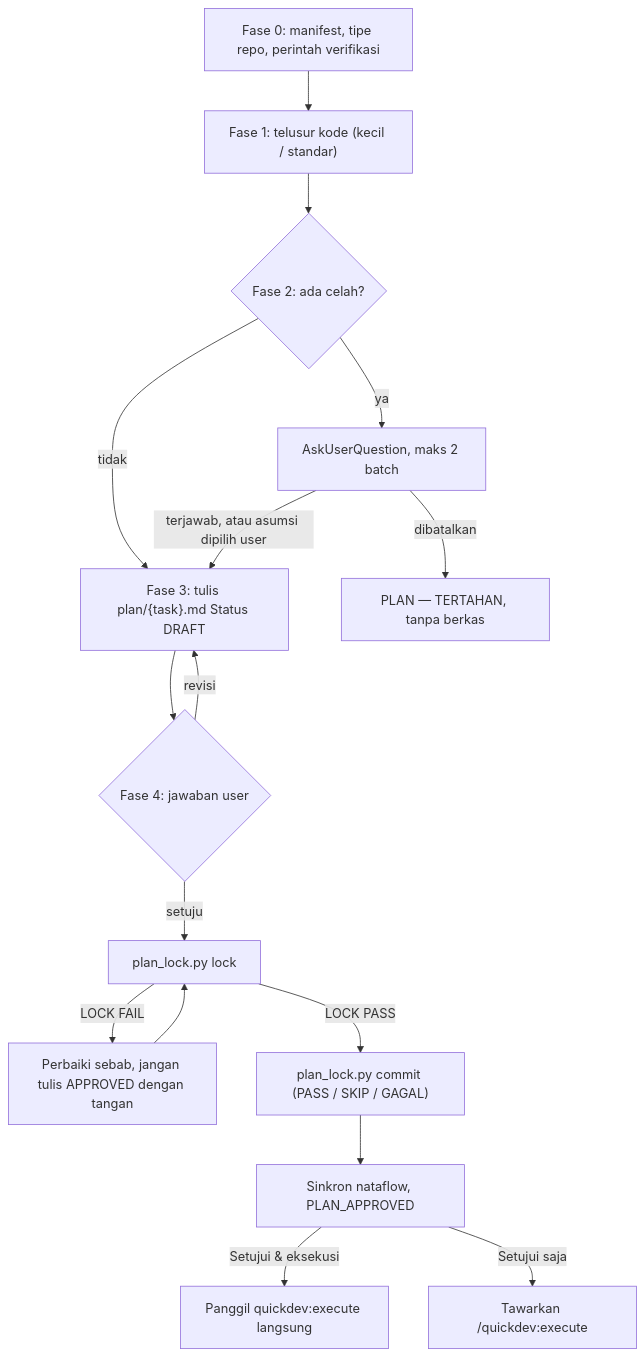
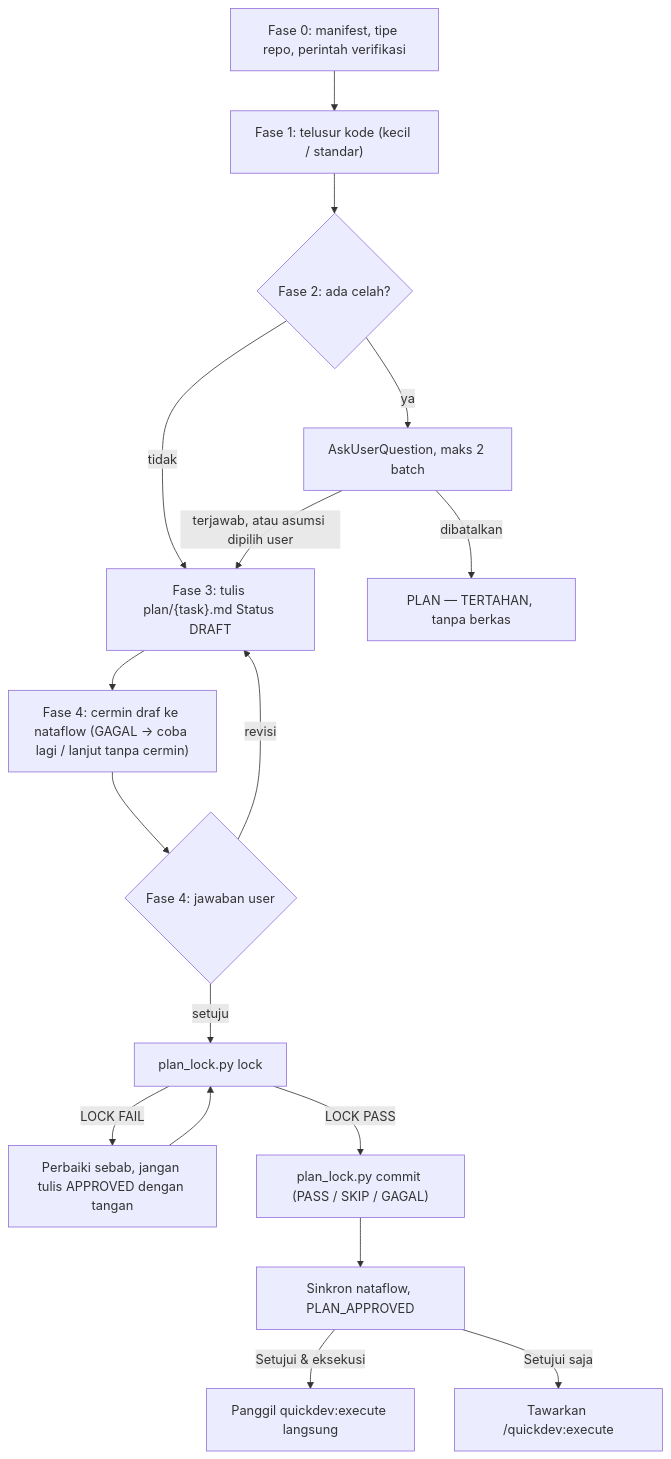
One commit to nataflow/agentic-workflow changed the second of 6 diagrams in flow/quickdev.md. Above: the diagram before and after it, drawn with Mermaid. The commit also changed other lines of this file and 7 other files, not shown here.

Commit message:
docs(quickdev): prosa plan, execute, prosedur sinkron, README, dan flow selaras task acuan dan report (41)

````diff
--- a/flow/quickdev.md
+++ b/flow/quickdev.md
@@ -88,18 +89,19 @@
 ```mermaid
 flowchart TD
     P0["Fase 0: manifest, tipe repo, perintah verifikasi"] --> P1["Fase 1: telusur kode (kecil / standar)"]
     P1 --> P2{"Fase 2: ada celah?"}
     P2 -->|tidak| P3["Fase 3: tulis plan/{task}.md Status DRAFT"]
     P2 -->|ya| Q["AskUserQuestion, maks 2 batch"]
     Q -->|"terjawab, atau asumsi dipilih user"| P3
     Q -->|"dibatalkan"| TH["PLAN — TERTAHAN, tanpa berkas"]
-    P3 --> P4{"Fase 4: jawaban user"}
+    P3 --> CD["Fase 4: cermin draf ke nataflow (GAGAL → coba lagi / lanjut tanpa cermin)"]
+    CD --> P4{"Fase 4: jawaban user"}
     P4 -->|revisi| P3
     P4 -->|setuju| LK["plan_lock.py lock"]
     LK -->|"LOCK FAIL"| FIX["Perbaiki sebab, jangan tulis APPROVED dengan tangan"]
     FIX --> LK
     LK -->|"LOCK PASS"| CM["plan_lock.py commit (PASS / SKIP / GAGAL)"]
     CM --> SY["Sinkron nataflow, PLAN_APPROVED"]
     SY -->|"Setujui & eksekusi"| OK["Panggil quickdev:execute langsung"]
     SY -->|"Setujui saja"| OF["Tawarkan /quickdev:execute"]
 ```
````
